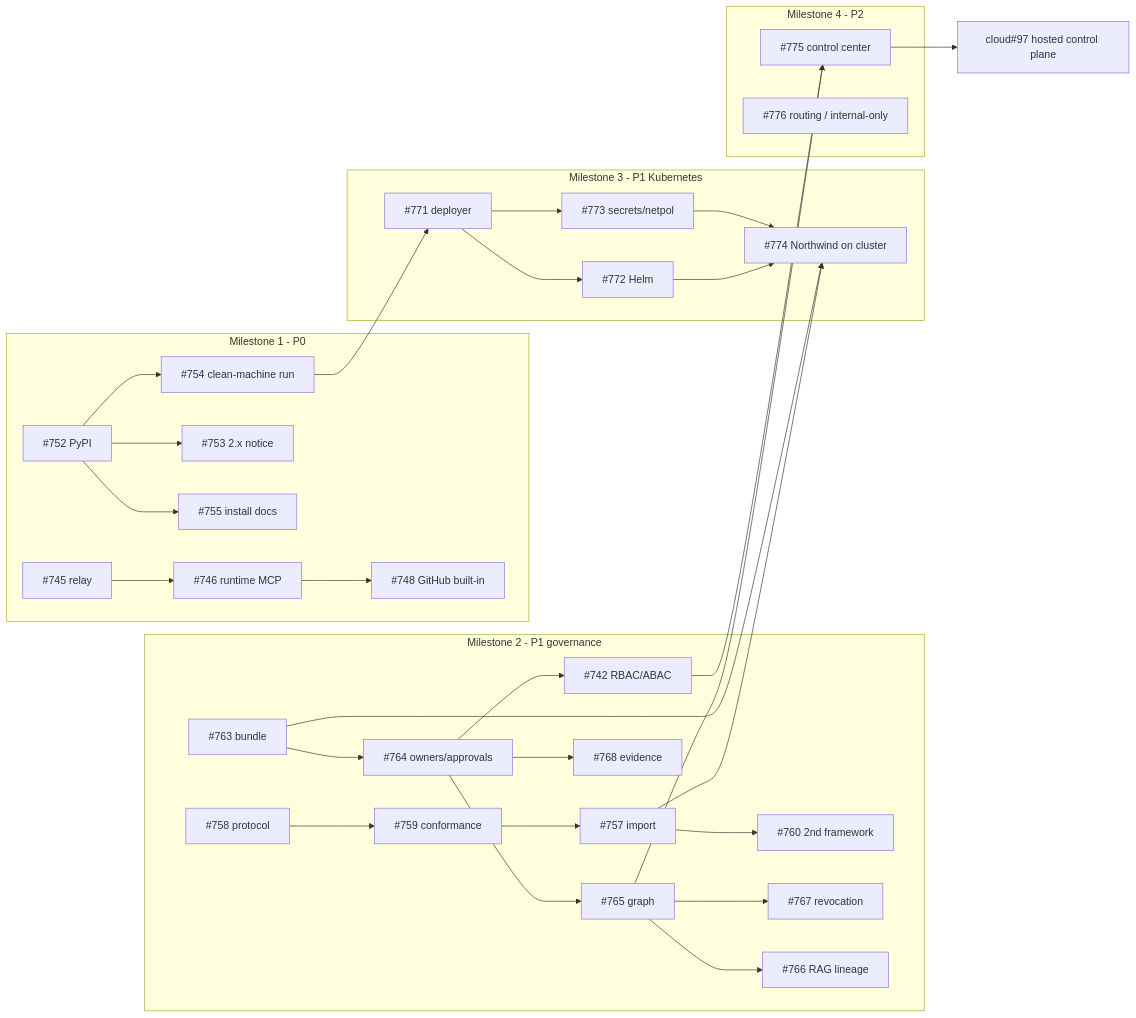
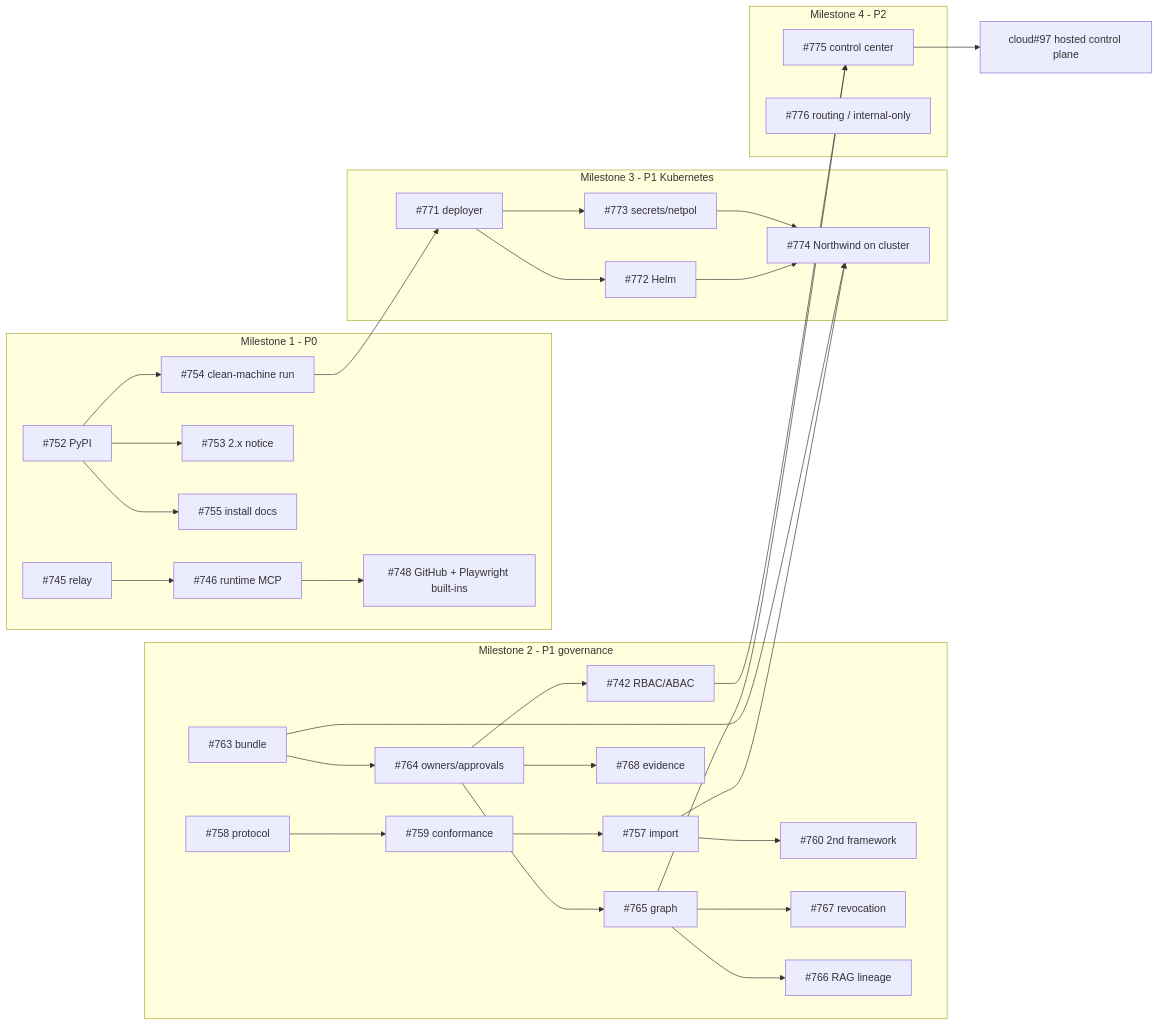
One commit to agentbreeder/agentbreeder changed the diagram in ROADMAP.md. Above: the diagram before and after it, drawn with Mermaid. The commit also changed other lines of this file and 16 other files, not shown here.

First line of the commit message:
feat(mcp): built-in mcp/github and mcp/playwright, verified live through deploy (#748)

````diff
--- a/ROADMAP.md
+++ b/ROADMAP.md
@@ -93,33 +94,33 @@
 ```mermaid
 flowchart LR
   subgraph M1["Milestone 1 - P0"]
-    I745["#745 relay"] --> I746["#746 runtime MCP"] --> I748["#748 GitHub built-in"]
+    I745["#745 relay"] --> I746["#746 runtime MCP"] --> I748["#748 GitHub + Playwright built-ins"]
     I752["#752 PyPI"] --> I753["#753 2.x notice"]
     I752 --> I755["#755 install docs"]
     I752 --> I754["#754 clean-machine run"]
   end
   subgraph M2["Milestone 2 - P1 governance"]
     I758["#758 protocol"] --> I759["#759 conformance"] --> I757["#757 import"] --> I760["#760 2nd framework"]
     I763["#763 bundle"] --> I764["#764 owners/approvals"] --> I765["#765 graph"]
     I765 --> I767["#767 revocation"]
     I765 --> I766["#766 RAG lineage"]
     I764 --> I768["#768 evidence"]
     I764 --> I742["#742 RBAC/ABAC"]
   end
   subgraph M3["Milestone 3 - P1 Kubernetes"]
     I771["#771 deployer"] --> I772["#772 Helm"]
     I771 --> I773["#773 secrets/netpol"]
     I772 --> I774["#774 Northwind on cluster"]
     I773 --> I774
   end
   subgraph M4["Milestone 4 - P2"]
     I775["#775 control center"]
     I776["#776 routing / internal-only"]
   end
   I754 --> I771
   I757 --> I774
   I763 --> I774
   I765 --> I775
   I742 --> I775
   I775 --> C97["cloud#97 hosted control plane"]
 ```
````
